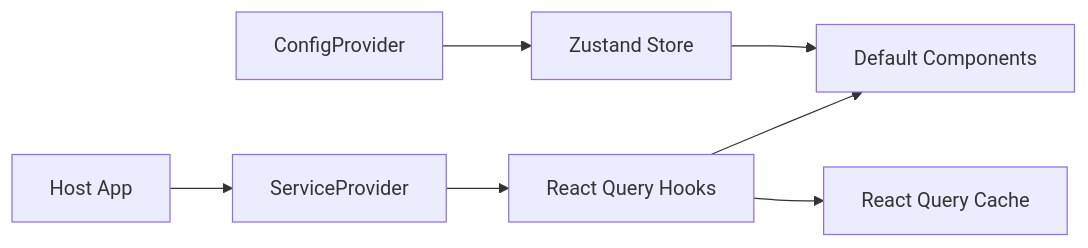
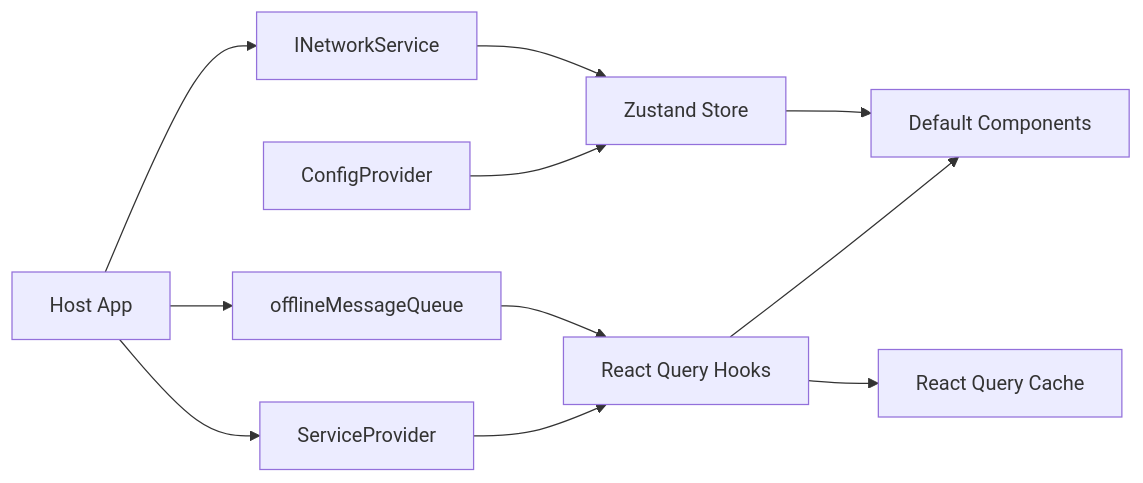
Before and after one commit to givingwu/bifrost-chat: the diagram in design/architecture-overview.md, drawn with Mermaid. The commit also changed other lines of this file and 26 other files, not shown here.

````diff
--- a/design/architecture-overview.md
+++ b/design/architecture-overview.md
@@ -13,9 +13,13 @@
 ```mermaid
 graph LR
     Host[Host App] --> SP[ServiceProvider]
+    Host --> NS[INetworkService]
+    Host --> OQ[offlineMessageQueue]
     SP --> Hooks[React Query Hooks]
     Hooks --> UI[Default Components]
     Hooks --> Cache[React Query Cache]
     Config[ConfigProvider] --> Store[Zustand Store]
     Store --> UI
+    NS --> Store
+    OQ --> Hooks
 ```
````
